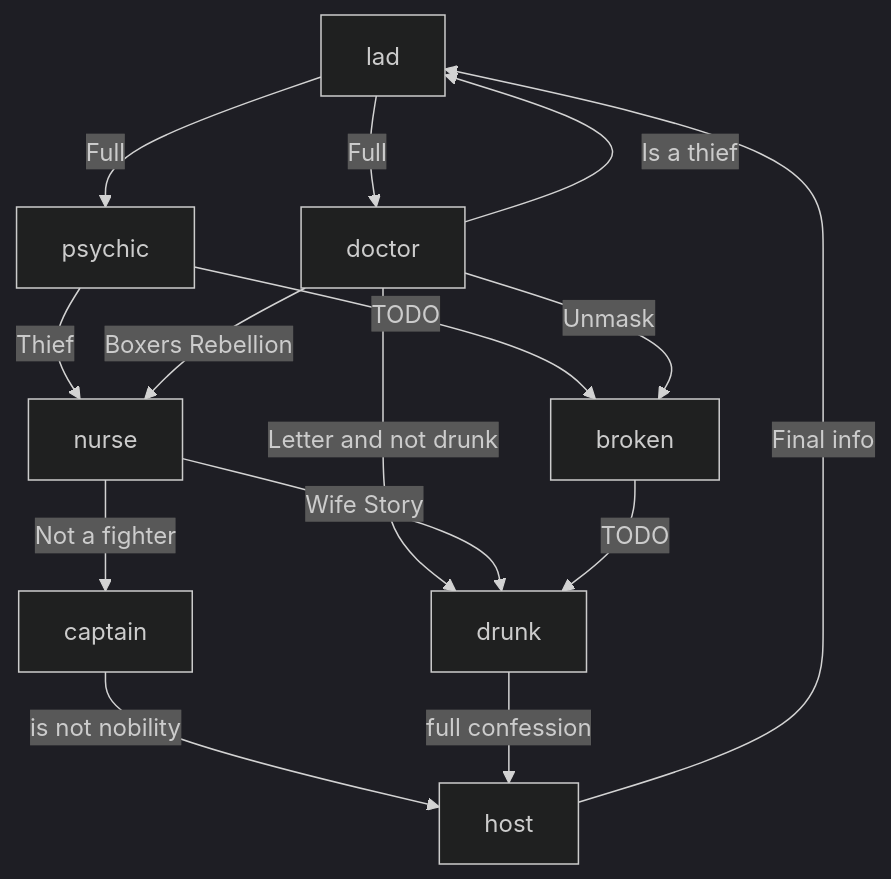
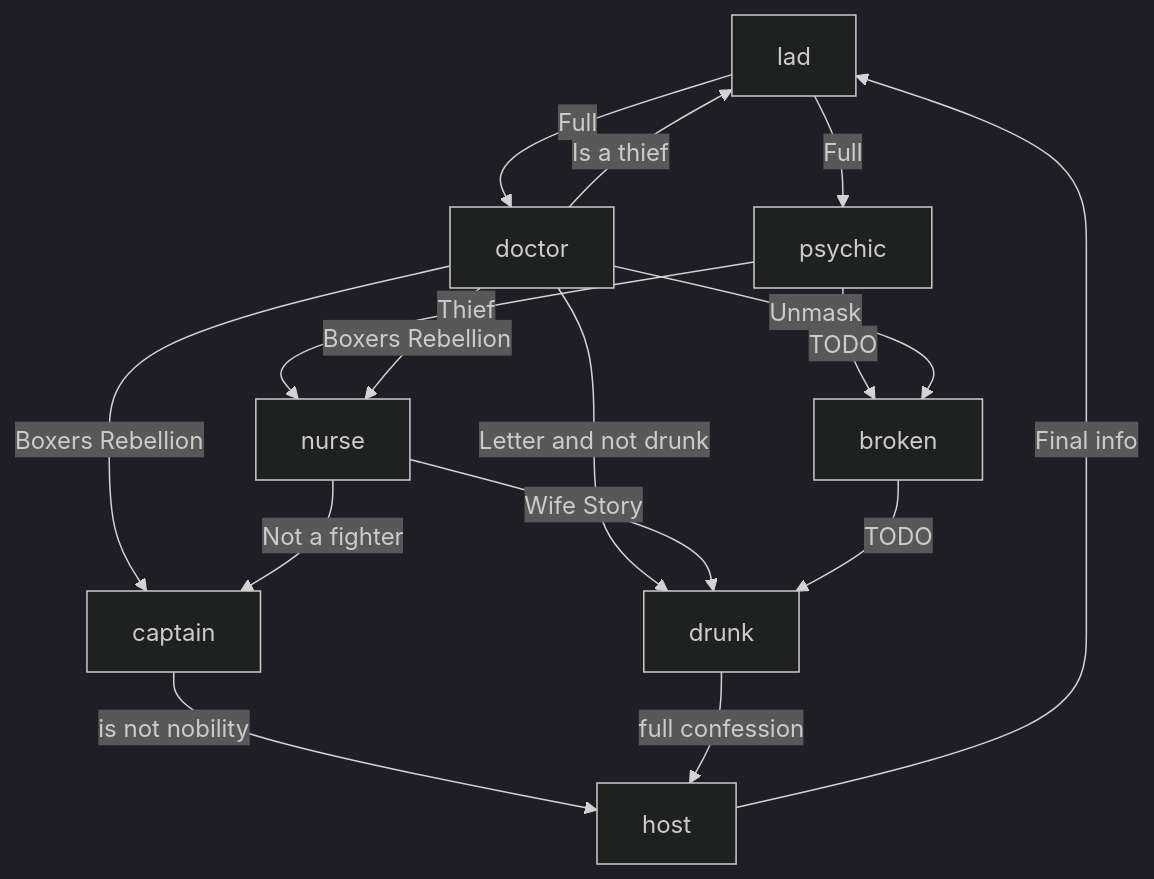
One commit to olivierpierre85/ClaythornManor changed the diagram in Murder/game/docs/unlocking.md. Above: the diagram before and after it, drawn with Mermaid (dark theme). The commit also changed 7 other files, not shown here.

````diff
--- a/Murder/game/docs/unlocking.md
+++ b/Murder/game/docs/unlocking.md
@@ -3,17 +3,18 @@
 ```mermaid
 graph TD;
     lad -->|Full| doctor;
     lad -->|Full| psychic;
     psychic -->|Thief| nurse;
     psychic -->|TODO| broken;
     doctor -->|Boxers Rebellion| nurse;
+    doctor -->|Boxers Rebellion| captain;
     doctor -->|Letter and not drunk| drunk;
     doctor -->|Unmask| broken;
     doctor -->|Is a thief| lad;
     nurse -->|Not a fighter| captain;
     nurse -->|Wife Story| drunk;
     captain -->|is not nobility| host;
     drunk -->|full confession| host;
     broken -->|TODO| drunk;
     host -->|Final info| lad;
 ```
````
